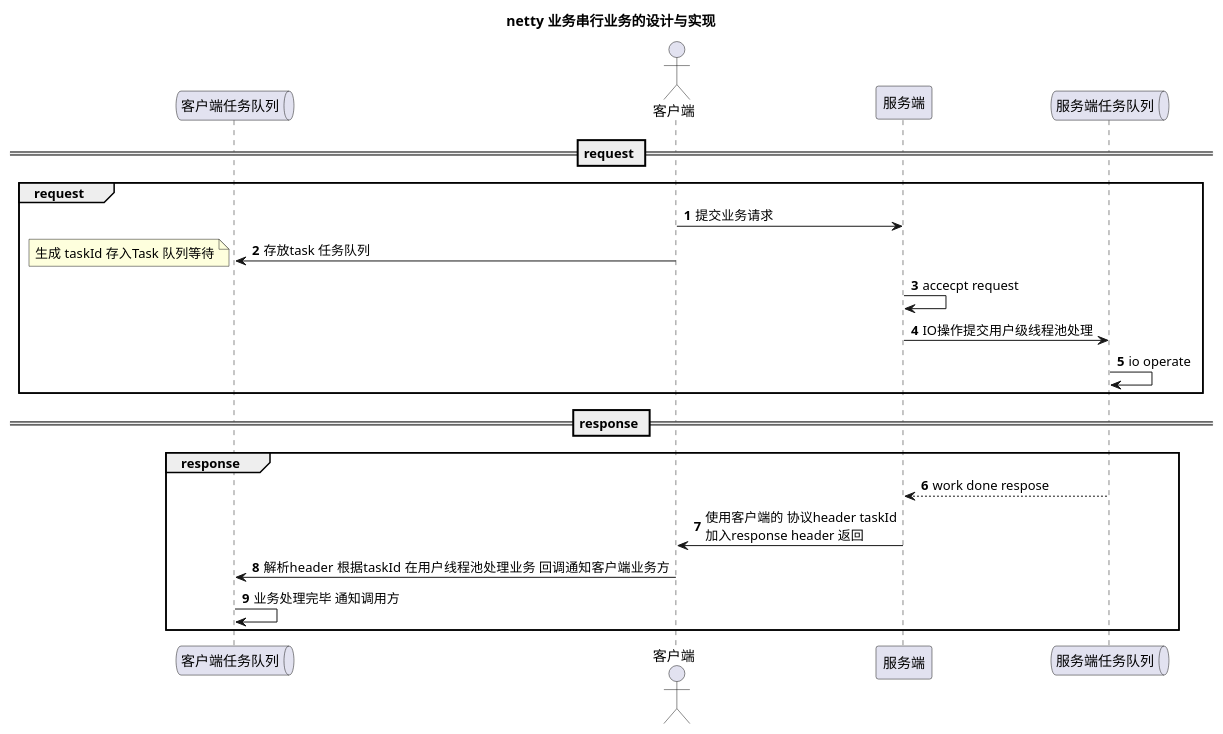
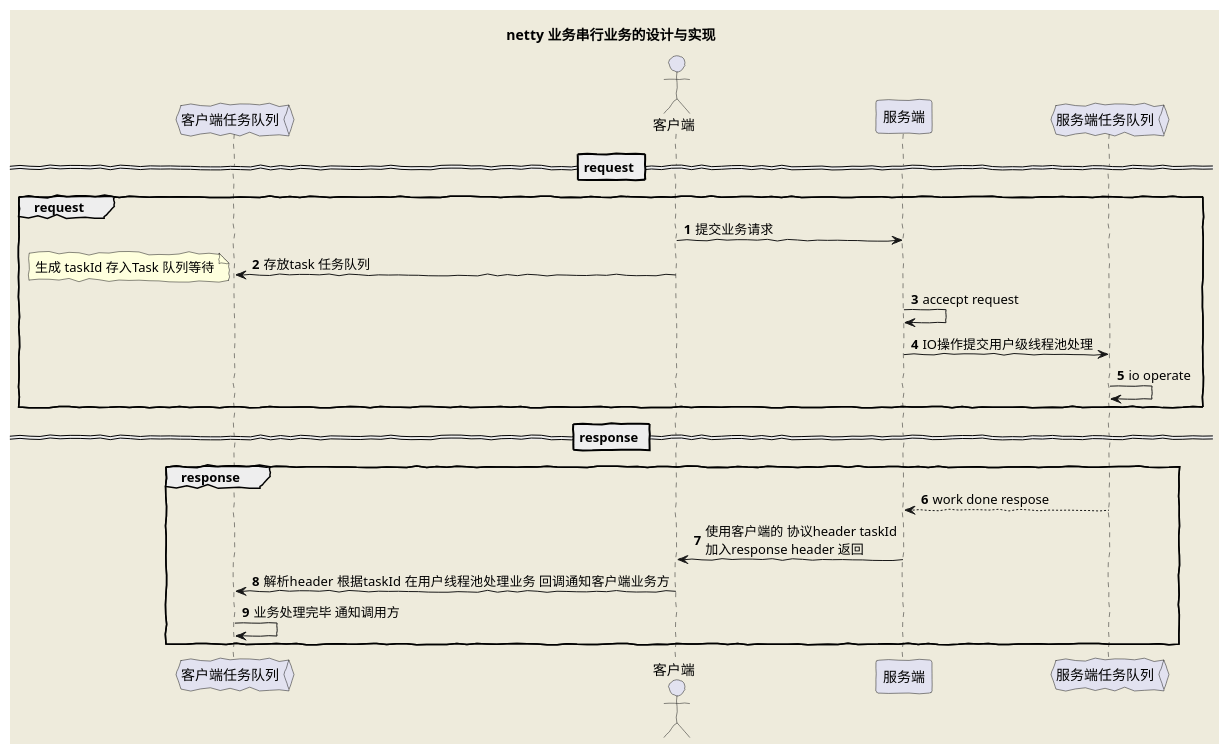
The diagram in doc/src/puml/基于netty实现自定义业务回调.puml (pengpengno/IFxIM), drawn with PlantUML before and after one commit. The commit also changed 20 other files, not shown here.

```diff
--- a/doc/src/puml/基于netty实现自定义业务回调.puml
+++ b/doc/src/puml/基于netty实现自定义业务回调.puml
@@ -1,26 +1,28 @@
 @startuml
 'https://plantuml.com/sequence-diagram
 title  netty 业务串行业务的设计与实现
+skinparam backgroundColor #EEEBDC
+skinparam handwritten true
 autonumber
 Queue 客户端任务队列 as task
 actor 客户端 as client
 participant 服务端 as server
 Queue 服务端任务队列 as serverTask
 == request ==
 group request
 client ->  server : 提交业务请求
 client ->task : 存放task 任务队列
 note left : 生成 taskId 存入Task 队列等待
 server -> server : accecpt request
 server -> serverTask : IO操作提交用户级线程池处理
 serverTask -> serverTask : io operate
 end group
 ==  response ==
 group response
 serverTask --> server : work done respose
 server -> client : 使用客户端的 协议header taskId\n加入response header 返回
 client -> task : 解析header  根据taskId 在用户线程池处理业务 回调通知客户端业务方
 task ->task : 业务处理完毕 通知调用方
 end group
 
 @enduml
```
